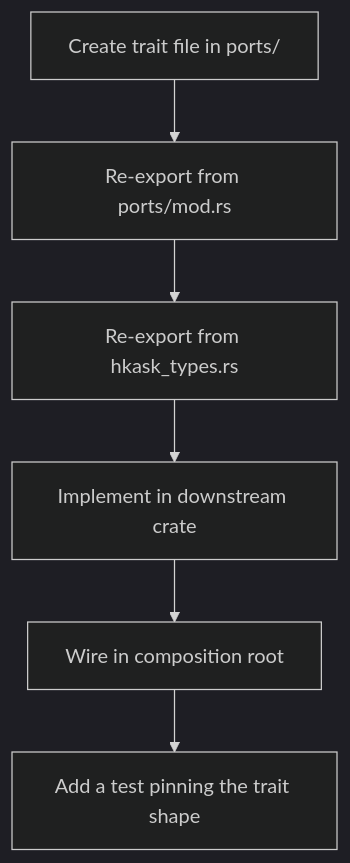
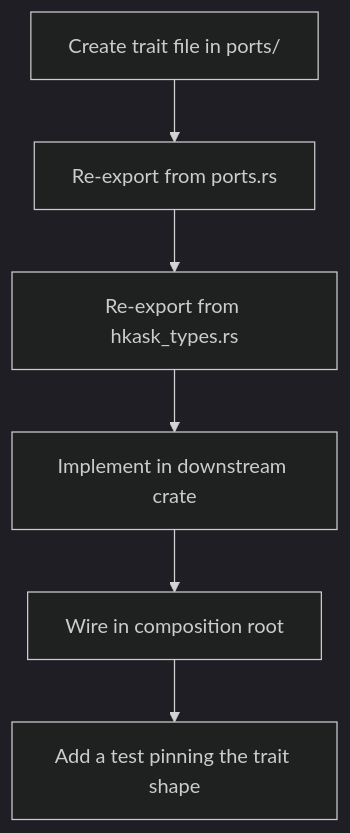
Before and after one commit to mdz-axo/zed-kask: the second of 2 diagrams in kask/docs/diataxis/hkask-types/how-to.md, drawn with Mermaid (dark theme). The commit also changed other lines of this file and 41 other files, not shown here.

````diff
--- a/kask/docs/diataxis/hkask-types/how-to.md
+++ b/kask/docs/diataxis/hkask-types/how-to.md
@@ -92,8 +104,8 @@
 ```mermaid
 flowchart TD
-    A[Create trait file in ports/] --> B[Re-export from ports/mod.rs]
+    A[Create trait file in ports/] --> B[Re-export from ports.rs]
     B --> C[Re-export from hkask_types.rs]
     C --> D[Implement in downstream crate]
     D --> E[Wire in composition root]
     E --> F[Add a test pinning the trait shape]
 ```
````
